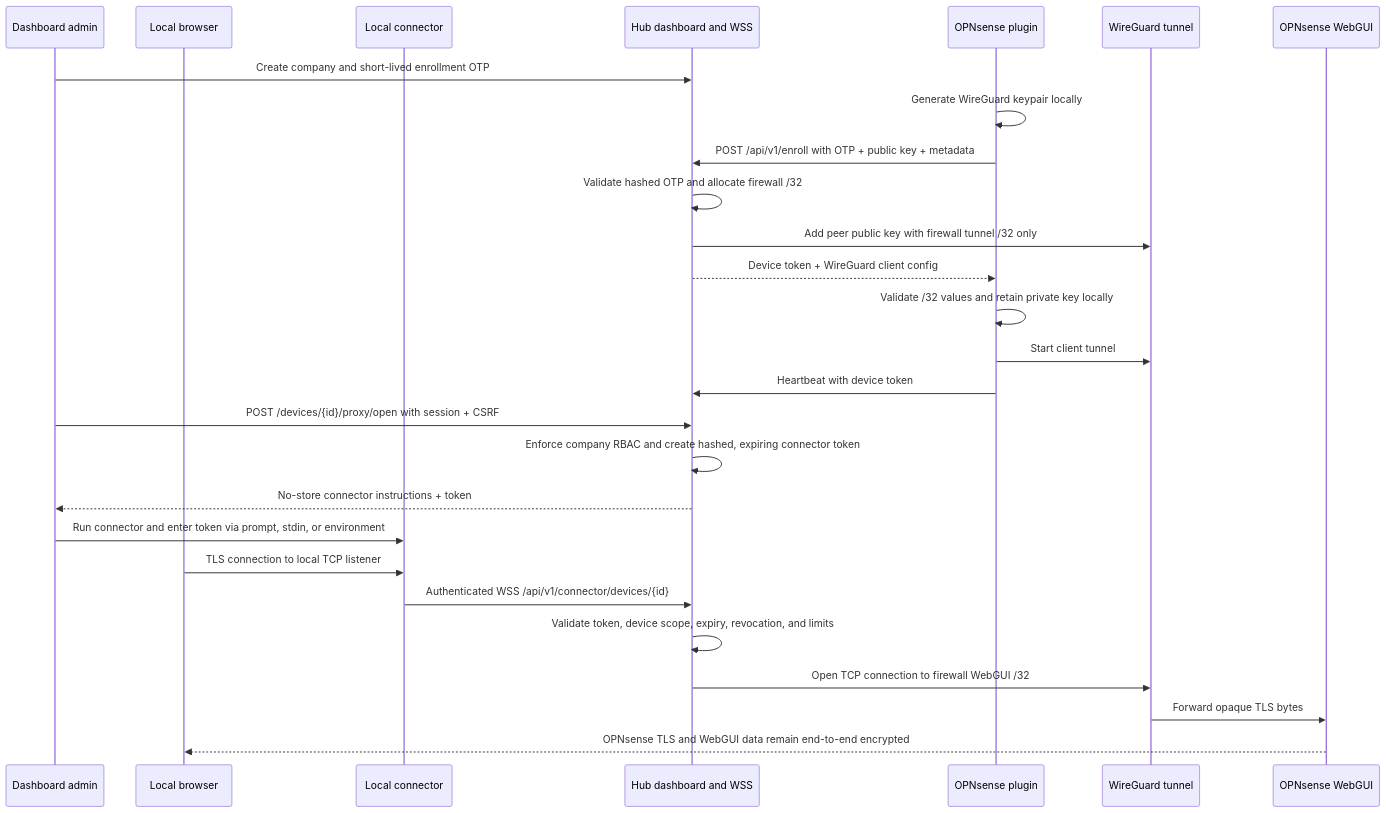
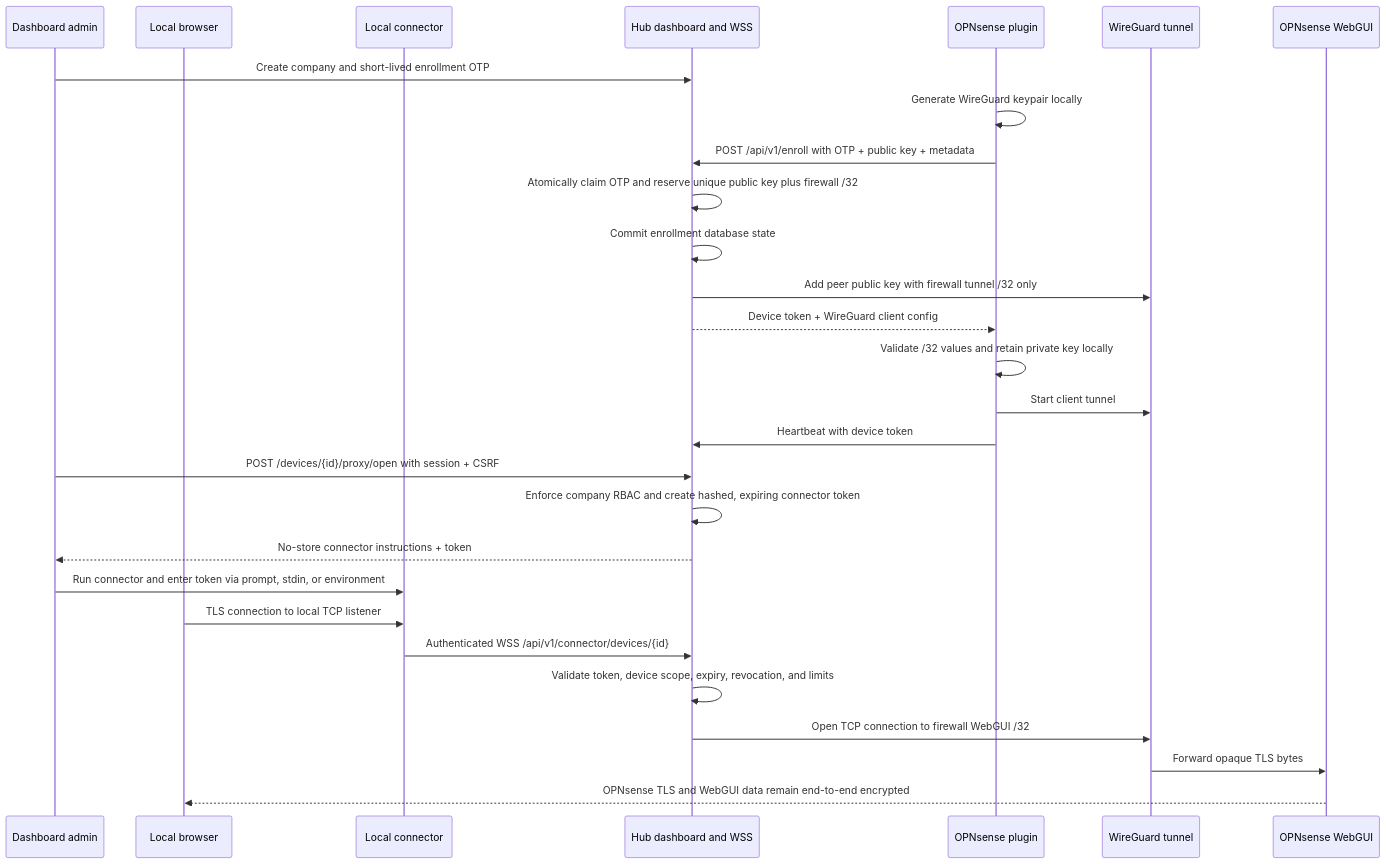
The diagram in docs/architecture.md (albercuba/OPNsense-Hub), drawn with Mermaid before and after one commit. The commit also changed other lines of this file and 7 other files, not shown here.

````diff
--- a/docs/architecture.md
+++ b/docs/architecture.md
@@ -12,30 +12,31 @@
 ```mermaid
 sequenceDiagram
     participant Admin as Dashboard admin
     participant Browser as Local browser
     participant Connector as Local connector
     participant Hub as Hub dashboard and WSS
     participant Plugin as OPNsense plugin
     participant WG as WireGuard tunnel
     participant FW as OPNsense WebGUI
 
     Admin->>Hub: Create company and short-lived enrollment OTP
     Plugin->>Plugin: Generate WireGuard keypair locally
     Plugin->>Hub: POST /api/v1/enroll with OTP + public key + metadata
-    Hub->>Hub: Validate hashed OTP and allocate firewall /32
+    Hub->>Hub: Atomically claim OTP and reserve unique public key plus firewall /32
+    Hub->>Hub: Commit enrollment database state
     Hub->>WG: Add peer public key with firewall tunnel /32 only
     Hub-->>Plugin: Device token + WireGuard client config
     Plugin->>Plugin: Validate /32 values and retain private key locally
     Plugin->>WG: Start client tunnel
     Plugin->>Hub: Heartbeat with device token
     Admin->>Hub: POST /devices/{id}/proxy/open with session + CSRF
     Hub->>Hub: Enforce company RBAC and create hashed, expiring connector token
     Hub-->>Admin: No-store connector instructions + token
     Admin->>Connector: Run connector and enter token via prompt, stdin, or environment
     Browser->>Connector: TLS connection to local TCP listener
     Connector->>Hub: Authenticated WSS /api/v1/connector/devices/{id}
     Hub->>Hub: Validate token, device scope, expiry, revocation, and limits
     Hub->>WG: Open TCP connection to firewall WebGUI /32
     WG->>FW: Forward opaque TLS bytes
     FW-->>Browser: OPNsense TLS and WebGUI data remain end-to-end encrypted
 ```
````
